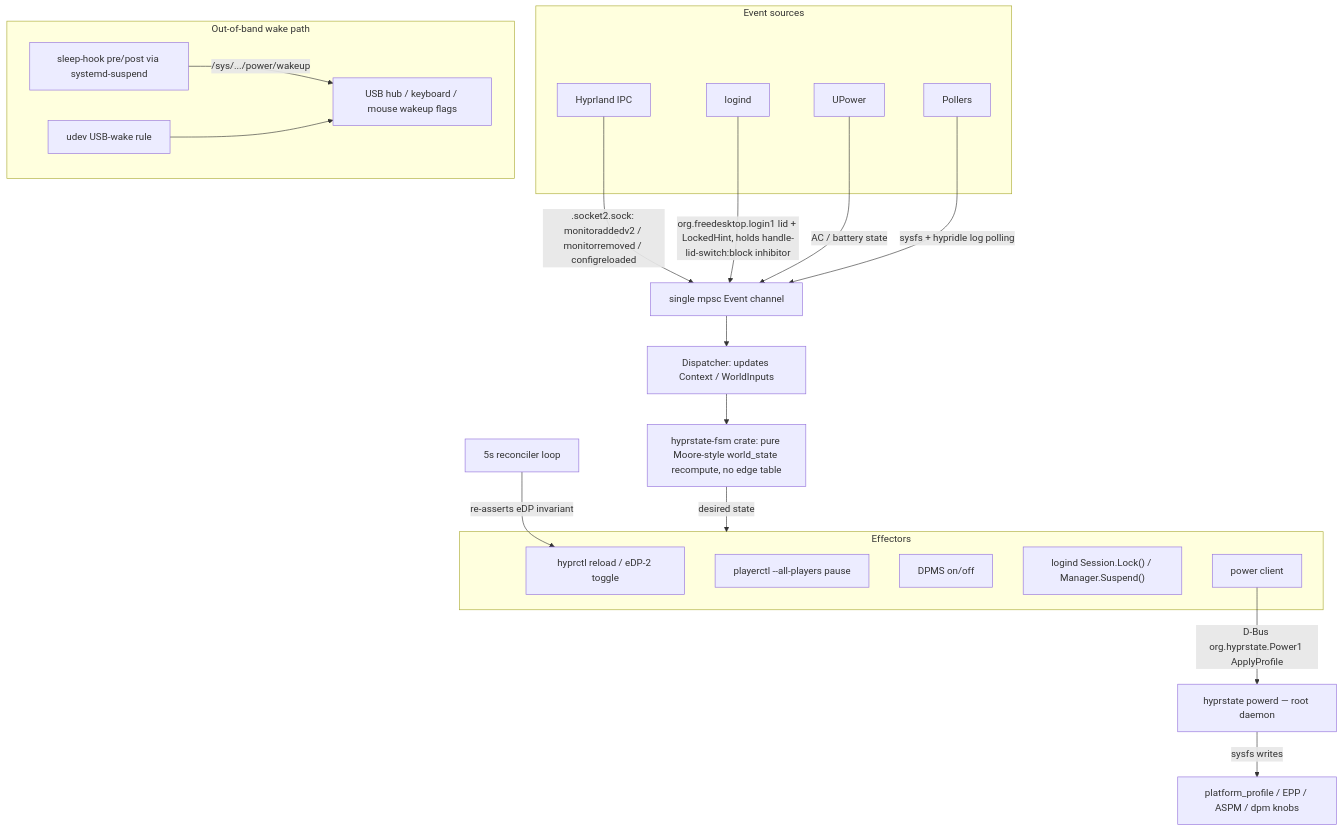
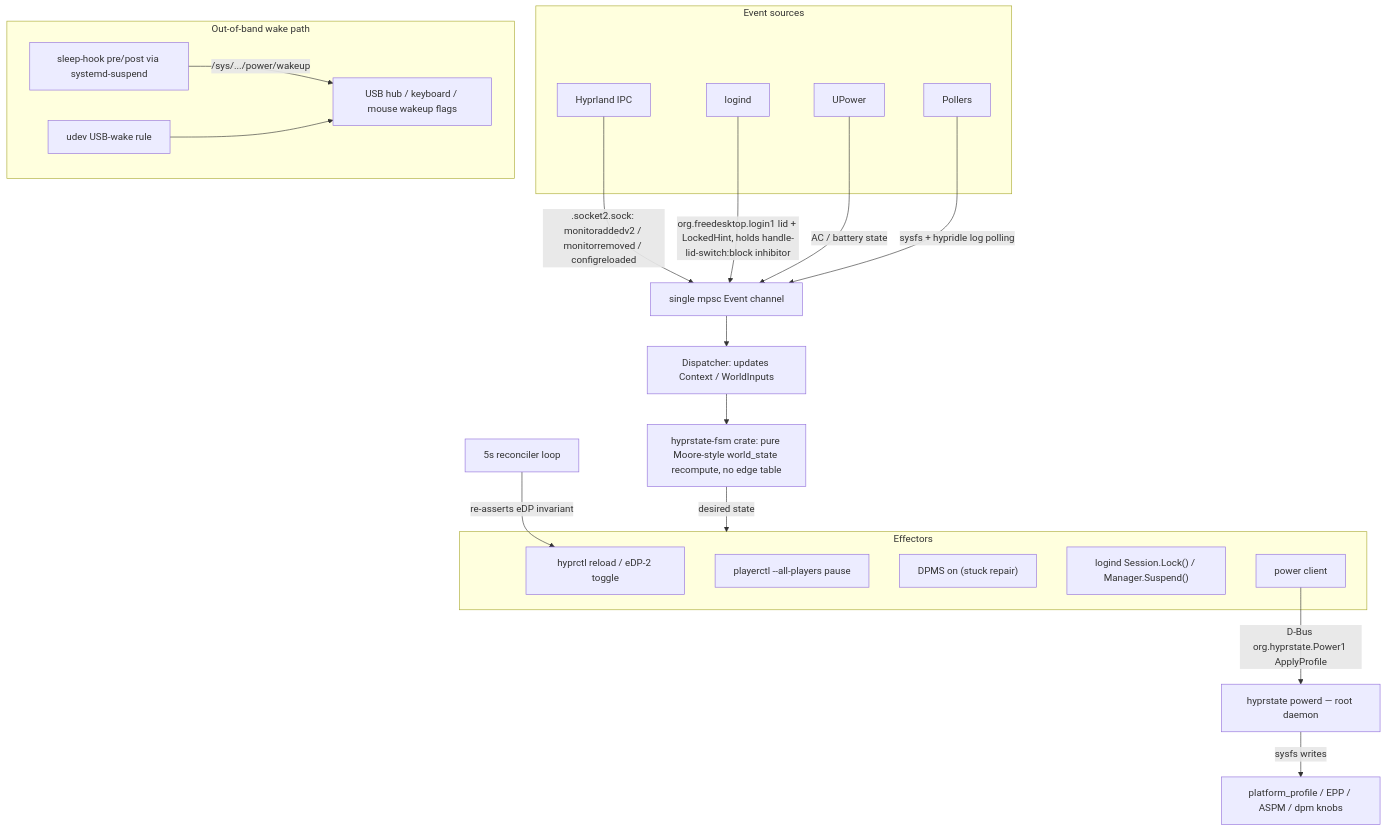
Before and after one commit to MasonRhodesDev/hyprstate: the diagram in README.md, drawn with Mermaid. The commit also changed other lines of this file and 11 other files, not shown here.

````diff
--- a/README.md
+++ b/README.md
@@ -20,35 +20,35 @@
 ```mermaid
 flowchart TD
     subgraph sources["Event sources"]
         hypr["Hyprland IPC"]
         logind["logind"]
         upower["UPower"]
         poll["Pollers"]
     end
 
     hypr -->|".socket2.sock: monitoraddedv2 / monitorremoved / configreloaded"| chan
     logind -->|"org.freedesktop.login1 lid + LockedHint, holds handle-lid-switch:block inhibitor"| chan
     upower -->|"AC / battery state"| chan
     poll -->|"sysfs + hypridle log polling"| chan
 
     chan["single mpsc Event channel"] --> disp["Dispatcher: updates Context / WorldInputs"]
     disp --> fsm["hyprstate-fsm crate: pure Moore-style world_state recompute, no edge table"]
     fsm -->|"desired state"| eff
 
     subgraph eff["Effectors"]
         mon["hyprctl reload / eDP-2 toggle"]
         media["playerctl --all-players pause"]
-        dpms["DPMS on/off"]
+        dpms["DPMS on (stuck repair)"]
         sd["logind Session.Lock() / Manager.Suspend()"]
         pwr["power client"]
     end
 
     recon["5s reconciler loop"] -->|"re-asserts eDP invariant"| mon
     pwr -->|"D-Bus org.hyprstate.Power1 ApplyProfile"| powerd["hyprstate powerd — root daemon"]
     powerd -->|"sysfs writes"| knobs["platform_profile / EPP / ASPM / dpm knobs"]
 
     subgraph wake["Out-of-band wake path"]
         hook["sleep-hook pre/post via systemd-suspend"] -->|"/sys/.../power/wakeup"| usb["USB hub / keyboard / mouse wakeup flags"]
         udev["udev USB-wake rule"] --> usb
     end
 ```
````
